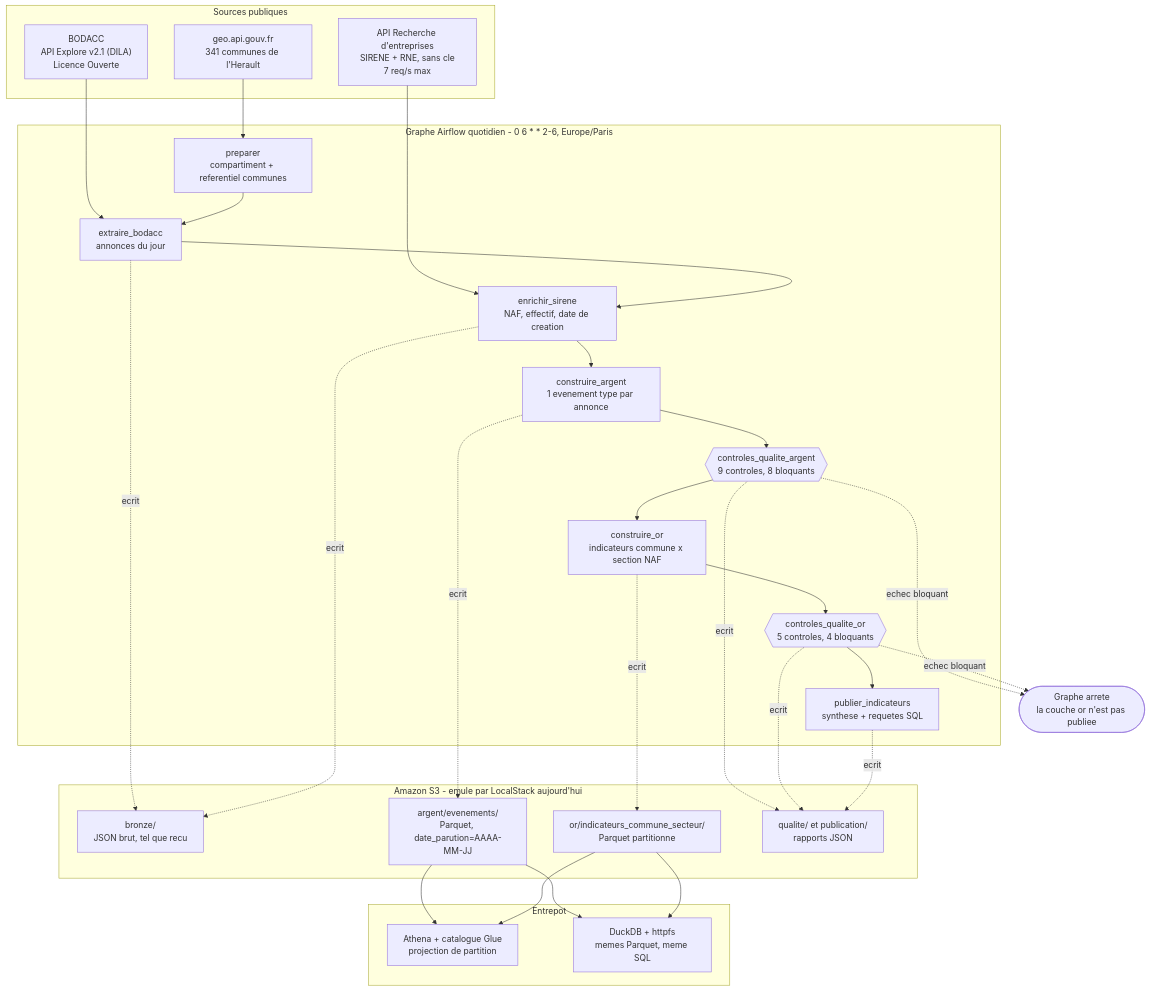
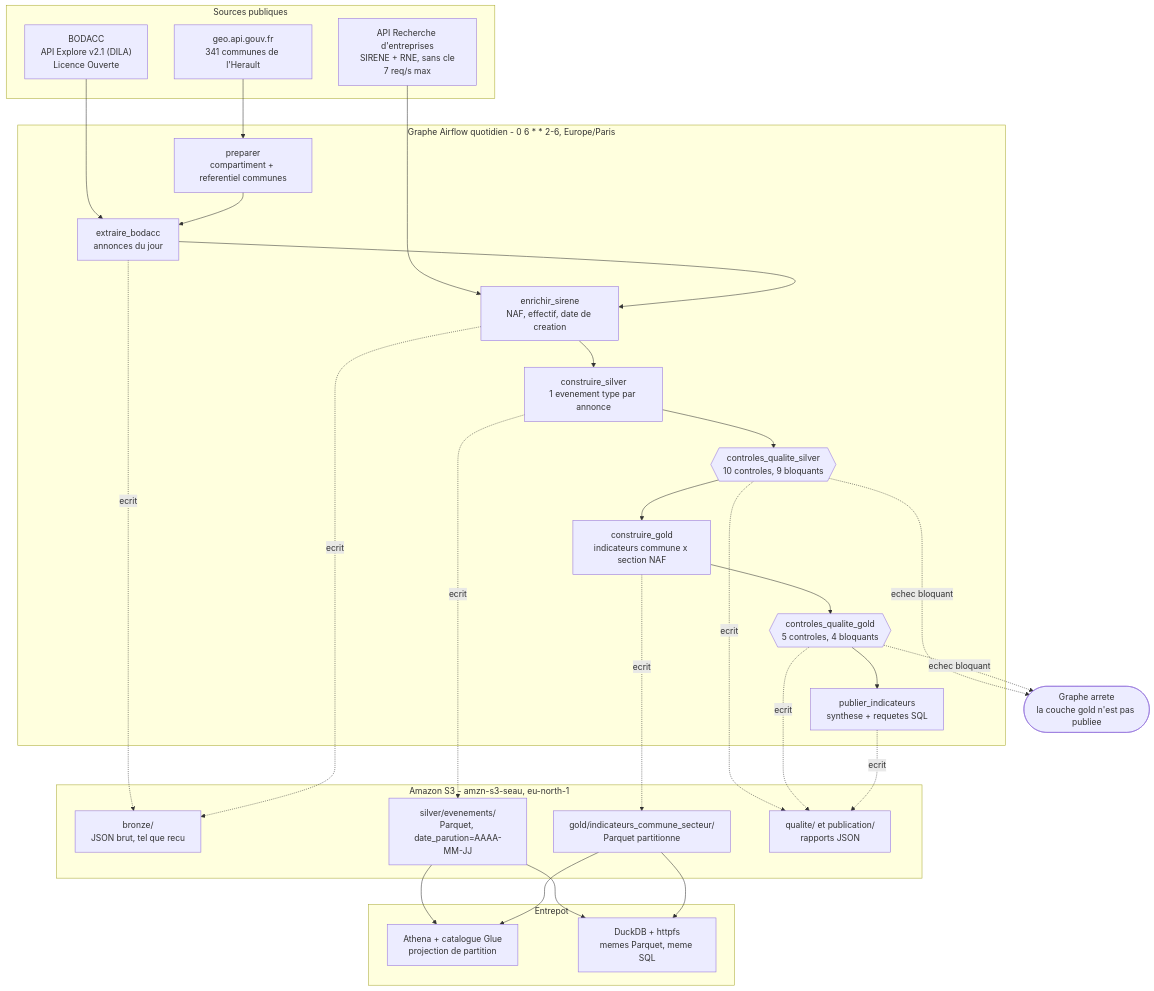
The diagram in README.md (yzasmin/radar-entreprises-herault), drawn with Mermaid before and after one commit. The commit also changed other lines of this file and 76 other files, not shown here.

````diff
--- a/README.md
+++ b/README.md
@@ -50,49 +51,49 @@
 ```mermaid
 flowchart TD
     subgraph sources["Sources publiques"]
         BODACC["BODACC<br/>API Explore v2.1 (DILA)<br/>Licence Ouverte"]
         RE["API Recherche d'entreprises<br/>SIRENE + RNE, sans cle<br/>7 req/s max"]
         GEO["geo.api.gouv.fr<br/>341 communes de l'Herault"]
     end
 
     subgraph airflow["Graphe Airflow quotidien - 0 6 * * 2-6, Europe/Paris"]
         T1["preparer<br/>compartiment + referentiel communes"]
         T2["extraire_bodacc<br/>annonces du jour"]
         T3["enrichir_sirene<br/>NAF, effectif, date de creation"]
-        T4["construire_argent<br/>1 evenement type par annonce"]
-        T5{{"controles_qualite_argent<br/>9 controles, 8 bloquants"}}
-        T6["construire_or<br/>indicateurs commune x section NAF"]
-        T7{{"controles_qualite_or<br/>5 controles, 4 bloquants"}}
+        T4["construire_silver<br/>1 evenement type par annonce"]
+        T5{{"controles_qualite_silver<br/>10 controles, 9 bloquants"}}
+        T6["construire_gold<br/>indicateurs commune x section NAF"]
+        T7{{"controles_qualite_gold<br/>5 controles, 4 bloquants"}}
         T8["publier_indicateurs<br/>synthese + requetes SQL"]
     end
 
-    subgraph s3["Amazon S3 - emule par LocalStack aujourd'hui"]
+    subgraph s3["Amazon S3 - amzn-s3-seau, eu-north-1"]
         BRONZE["bronze/<br/>JSON brut, tel que recu"]
-        ARGENT["argent/evenements/<br/>Parquet, date_parution=AAAA-MM-JJ"]
-        OR["or/indicateurs_commune_secteur/<br/>Parquet partitionne"]
+        SILVER["silver/evenements/<br/>Parquet, date_parution=AAAA-MM-JJ"]
+        GOLD["gold/indicateurs_commune_secteur/<br/>Parquet partitionne"]
         QUALITE["qualite/ et publication/<br/>rapports JSON"]
     end
 
     subgraph entrepot["Entrepot"]
         ATHENA["Athena + catalogue Glue<br/>projection de partition"]
         DUCK["DuckDB + httpfs<br/>memes Parquet, meme SQL"]
     end
 
     BODACC --> T2
     RE --> T3
     GEO --> T1
     T1 --> T2 --> T3 --> T4 --> T5 --> T6 --> T7 --> T8
     T2 -.ecrit.-> BRONZE
     T3 -.ecrit.-> BRONZE
-    T4 -.ecrit.-> ARGENT
+    T4 -.ecrit.-> SILVER
     T5 -.ecrit.-> QUALITE
-    T6 -.ecrit.-> OR
+    T6 -.ecrit.-> GOLD
     T7 -.ecrit.-> QUALITE
     T8 -.ecrit.-> QUALITE
-    ARGENT --> ATHENA
-    OR --> ATHENA
-    ARGENT --> DUCK
-    OR --> DUCK
-    T5 -. echec bloquant .-> STOP(["Graphe arrete<br/>la couche or n'est pas publiee"])
+    SILVER --> ATHENA
+    GOLD --> ATHENA
+    SILVER --> DUCK
+    GOLD --> DUCK
+    T5 -. echec bloquant .-> STOP(["Graphe arrete<br/>la couche gold n'est pas publiee"])
     T7 -. echec bloquant .-> STOP
 ```
````
